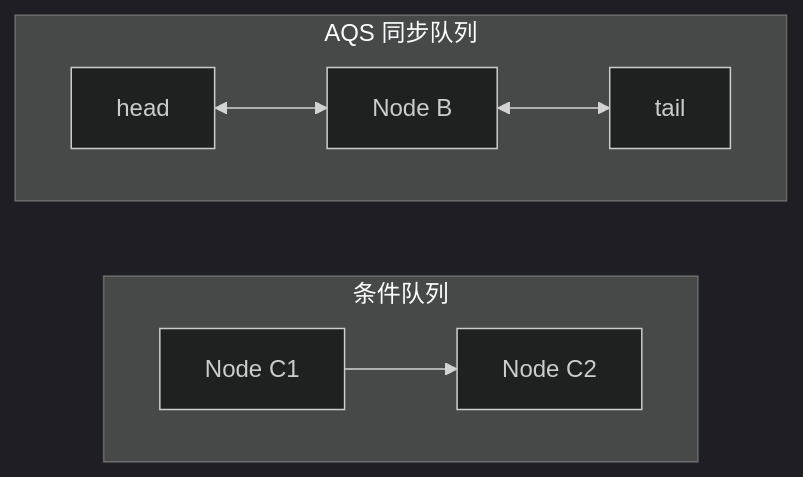
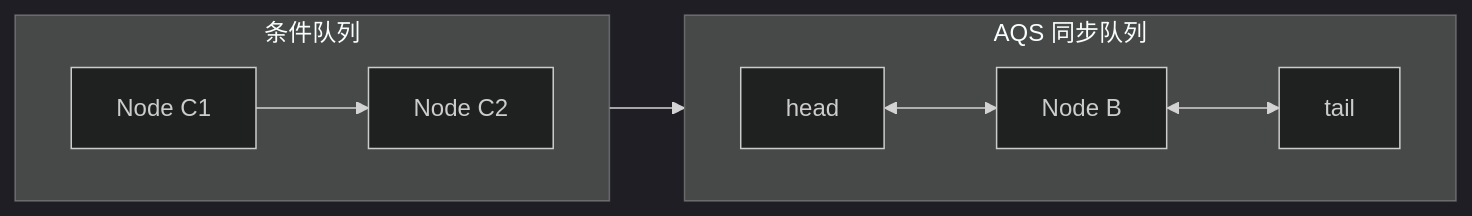
Before and after one commit to rebibabo/rebibabo.github.io: the diagram in images/Java-concurrency/IMG-20260707-000093.mmd, drawn with Mermaid (dark theme). The commit also changed 59 other files, not shown here.

```diff
--- a/images/Java-concurrency/IMG-20260707-000093.mmd
+++ b/images/Java-concurrency/IMG-20260707-000093.mmd
@@ -1,9 +1,9 @@
 graph LR
     subgraph CondQueue["条件队列"]
         direction LR
         C1["Node C1"] --> C2["Node C2"]
     end
     subgraph SyncQueue["AQS 同步队列"]
         direction LR
         Head["head"] <--> B["Node B"] <--> Tail["tail"]
-    end
+    end    C1 --> Head
```
